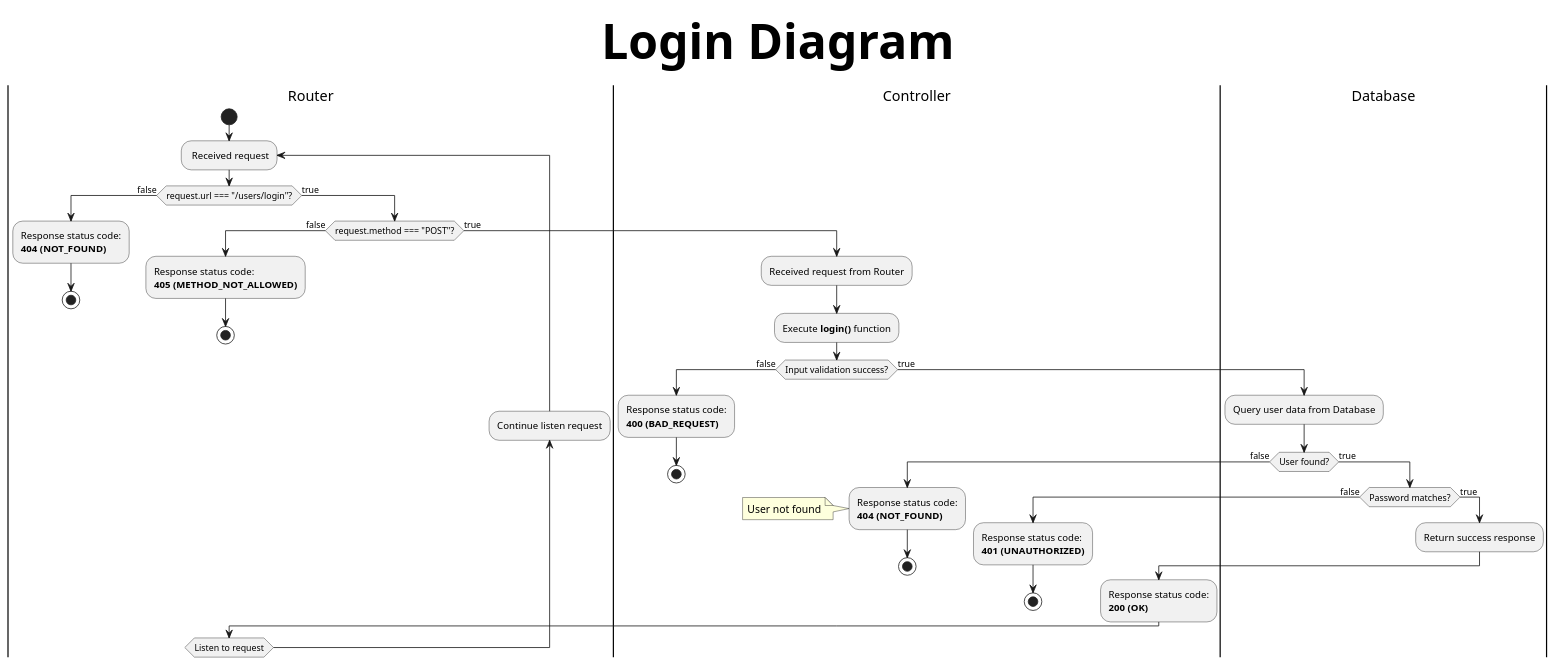
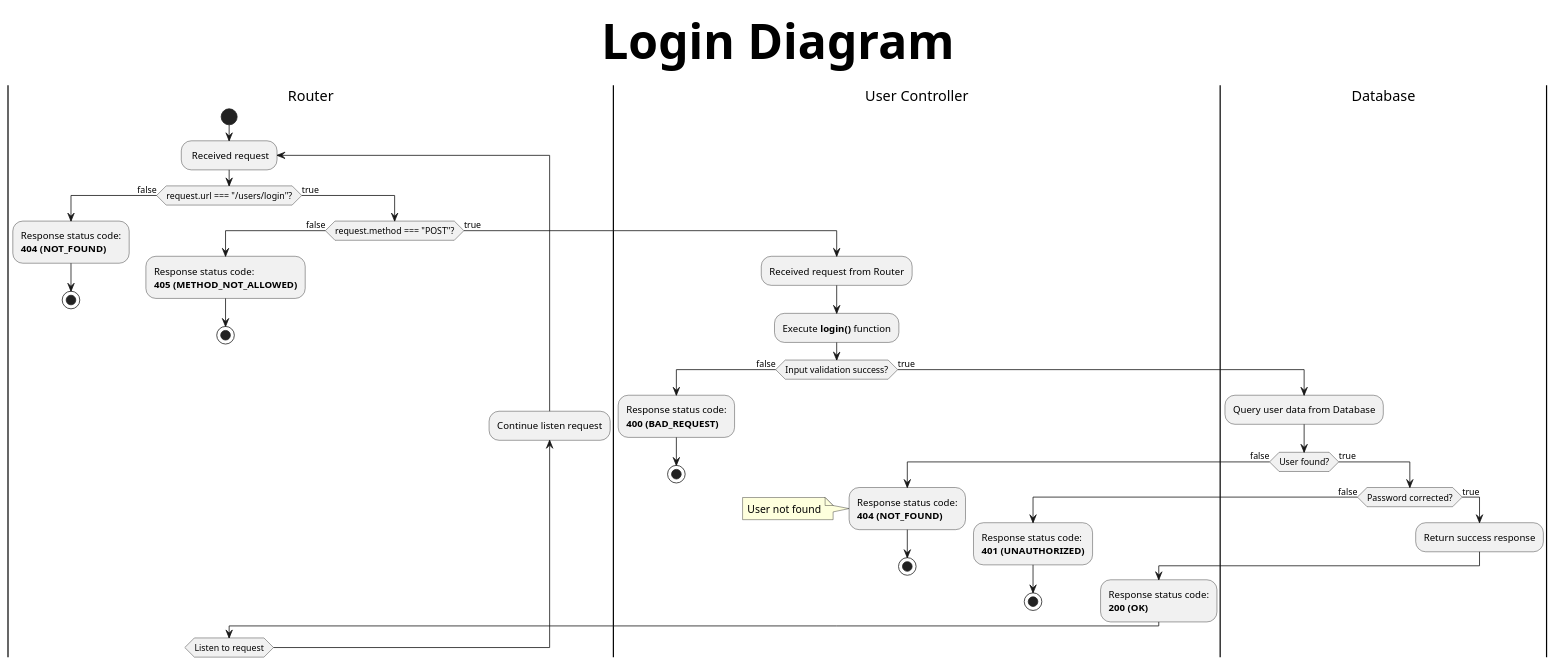
Before and after one commit to DoanLe2k1/TodoApp-API: the diagram in diagrams/userDiagrams/loginDiagram.pu, drawn with PlantUML. The commit also changed 2 other files, not shown here.

```diff
--- a/diagrams/userDiagrams/loginDiagram.pu
+++ b/diagrams/userDiagrams/loginDiagram.pu
@@ -1,65 +1,65 @@
 @startuml 
 title Login Diagram
 skinparam titleFontSize 60
 |Router|
 start
 repeat: Received request
 if (request.url === "/users/login"?) then (false)
     :Response status code:
     **404 (NOT_FOUND)**;
     stop
 
 else (true)
     if (request.method === "POST"?) then (false)
         :Response status code:
         **405 (METHOD_NOT_ALLOWED)**;
         stop
 
     else (true)
-        |Controller|
+        |User Controller|
         :Received request from Router;
         :Execute **login()** function;
 
         if (Input validation success?) then (false)
             :Response status code:
             **400 (BAD_REQUEST)**;
             'Validation failed
             stop
 
         else (true)
             |Database|
             :Query user data from Database;
 
 
             if (User found?) then (false)
-                |Controller|
+                |User Controller|
                 :Response status code:
                 **404 (NOT_FOUND)**;
                 note left: User not found
                 stop
             
             else (true)
                 |Database|
-                if (Password matches?) then (false)
-                    |Controller|
+                if (Password corrected?) then (false)
+                    |User Controller|
                     :Response status code:
                     **401 (UNAUTHORIZED)**; 
                     stop
                 
                 else (true)
                     |Database|
                     :Return success response;
                     
-                    |Controller|
+                    |User Controller|
                     :Response status code:
                     **200 (OK)**;
                 endif
             endif
         endif
     endif
 endif
 
 |Router|
 backward:Continue listen request;
 repeat while (Listen to request)    
 @enduml
```
